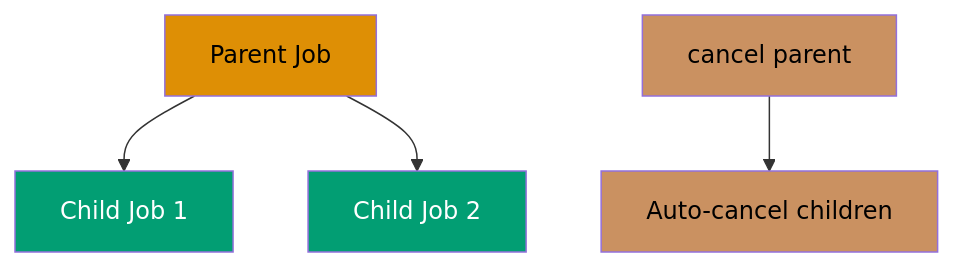
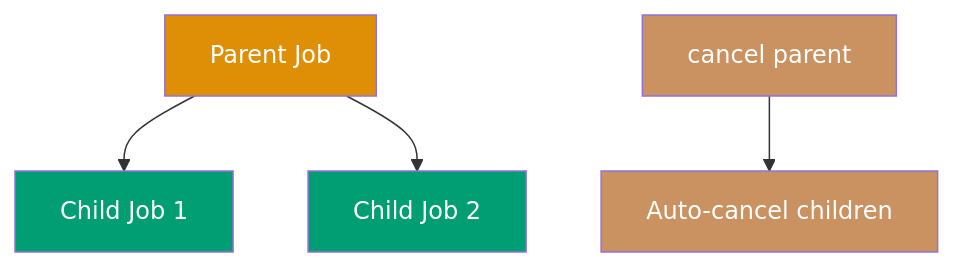
The fourth of 22 diagrams in apps/ayokoding-web/content/en/learn/software-engineering/programming-languages/kotlin/by-example/advanced.md (wahidyankf/open-sharia-enterprise), drawn with Mermaid before and after one commit. The commit also changed other lines of this file and 61 other files, not shown here.

First line of the commit message:
fix(ayokoding-web): quote Mermaid node labels with special characters in Example 63

````diff
--- a/apps/ayokoding-web/content/en/learn/software-engineering/programming-languages/kotlin/by-example/advanced.md
+++ b/apps/ayokoding-web/content/en/learn/software-engineering/programming-languages/kotlin/by-example/advanced.md
@@ -218,12 +218,12 @@
 ```mermaid
 graph TD
     B[Parent Job] --> F[Child Job 1]
     B --> G[Child Job 2]
     H[cancel parent] --> I[Auto-cancel children]
 
-    style B fill:#DE8F05,color:#000
+    style B fill:#DE8F05,color:#fff
     style F fill:#029E73,color:#fff
     style G fill:#029E73,color:#fff
-    style H fill:#CA9161,color:#000
-    style I fill:#CA9161,color:#000
+    style H fill:#CA9161,color:#fff
+    style I fill:#CA9161,color:#fff
 ```
````
